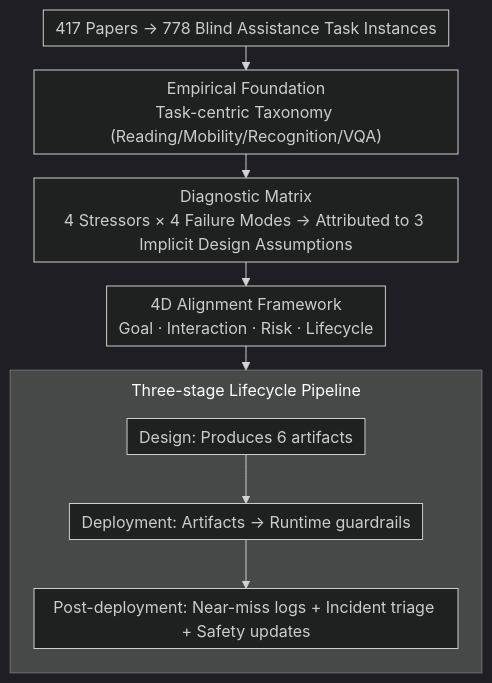
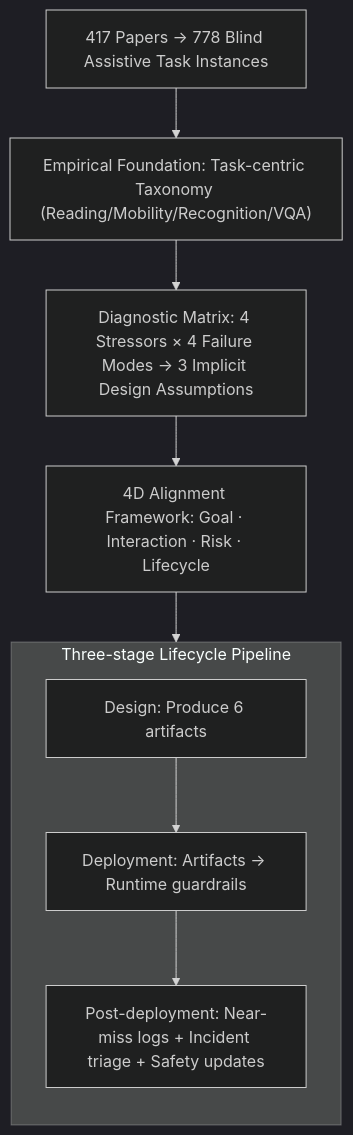
One commit to zhaoyang97/Paper-Notes-en changed the diagram in docs/ICML2026/llm_agent/position_assistive_agents_need_accessibility_alignment.md. Above: the diagram before and after it, drawn with Mermaid (dark theme). The commit also changed other lines of this file and 5084 other files, not shown here.

````diff
--- a/docs/ICML2026/llm_agent/position_assistive_agents_need_accessibility_alignment.md
+++ b/docs/ICML2026/llm_agent/position_assistive_agents_need_accessibility_alignment.md
@@ -44,13 +44,12 @@
 ```mermaid
-%%{init: {'flowchart': {'rankSpacing': 24, 'nodeSpacing': 28, 'padding': 6, 'wrappingWidth': 400, 'subGraphTitleMargin': {'top': 8, 'bottom': 16}}}}%%
-flowchart TD
-    A["417 Papers → 778 Blind Assistance Task Instances"] --> B["Empirical Foundation<br/>Task-centric Taxonomy (Reading/Mobility/Recognition/VQA)"]
-    B --> C["Diagnostic Matrix<br/>4 Stressors × 4 Failure Modes → Attributed to 3 Implicit Design Assumptions"]
-    C --> D["4D Alignment Framework<br/>Goal · Interaction · Risk · Lifecycle"]
+graph TD
+    A["417 Papers → 778 Blind Assistive Task Instances"] --> B["Empirical Foundation: Task-centric Taxonomy (Reading/Mobility/Recognition/VQA)"]
+    B --> C["Diagnostic Matrix: 4 Stressors × 4 Failure Modes → 3 Implicit Design Assumptions"]
+    C --> D["4D Alignment Framework: Goal · Interaction · Risk · Lifecycle"]
     D --> S
     subgraph S["Three-stage Lifecycle Pipeline"]
         direction TB
-        E["Design: Produces 6 artifacts"] --> F["Deployment: Artifacts → Runtime guardrails"]
+        E["Design: Produce 6 artifacts"] --> F["Deployment: Artifacts → Runtime guardrails"]
         F --> G["Post-deployment: Near-miss logs + Incident triage + Safety updates"]
     end
 ```
````
